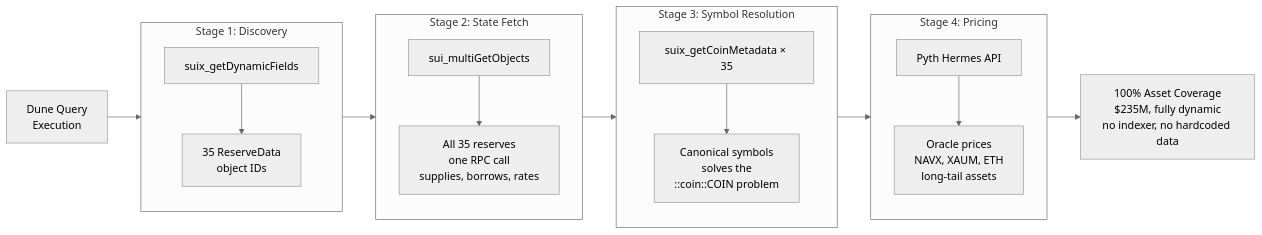
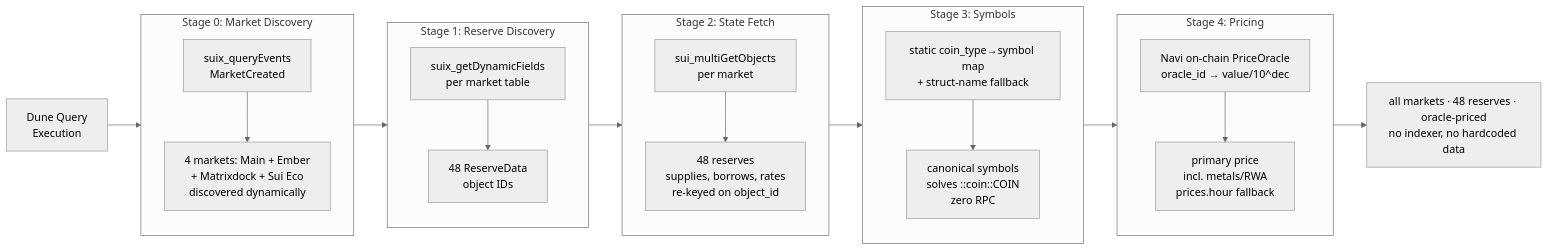
One commit to vchrl/dune-sui-query-builder changed the first of 2 diagrams in README.md. Above: the diagram before and after it, drawn with Mermaid (neutral theme). The commit also changed other lines of this file and 7 other files, not shown here.

First line of the commit message:
docs: reconcile skill to v0.3.0 (multi-market + on-chain oracle); examples reorg

````diff
--- a/README.md
+++ b/README.md
@@ -31,26 +31,31 @@
 ```mermaid
 flowchart LR
-    Q[Dune Query<br/>Execution] --> S1
+    Q[Dune Query<br/>Execution] --> S0
 
-    subgraph S1[Stage 1: Discovery]
+    subgraph S0[Stage 0: Market Discovery]
         direction TB
-        A[suix_getDynamicFields] --> A2[35 ReserveData<br/>object IDs]
+        M[suix_queryEvents<br/>MarketCreated] --> M2[4 markets: Main + Ember<br/>+ Matrixdock + Sui Eco<br/>discovered dynamically]
+    end
+
+    subgraph S1[Stage 1: Reserve Discovery]
+        direction TB
+        A[suix_getDynamicFields<br/>per market table] --> A2[48 ReserveData<br/>object IDs]
     end
 
     subgraph S2[Stage 2: State Fetch]
         direction TB
-        B[sui_multiGetObjects] --> B2[All 35 reserves<br/>one RPC call<br/>supplies, borrows, rates]
+        B[sui_multiGetObjects<br/>per market] --> B2[48 reserves<br/>supplies, borrows, rates<br/>re-keyed on object_id]
     end
 
-    subgraph S3[Stage 3: Symbol Resolution]
+    subgraph S3[Stage 3: Symbols]
         direction TB
-        C["suix_getCoinMetadata × 35"] --> C2[Canonical symbols<br/>solves the<br/>::coin::COIN problem]
+        C[static coin_type→symbol map<br/>+ struct-name fallback] --> C2[canonical symbols<br/>solves ::coin::COIN<br/>zero RPC]
     end
 
     subgraph S4[Stage 4: Pricing]
         direction TB
-        D[Pyth Hermes API] --> D2[Oracle prices<br/>NAVX, XAUM, ETH<br/>long-tail assets]
+        D[Navi on-chain PriceOracle<br/>oracle_id → value/10^dec] --> D2[primary price<br/>incl. metals/RWA<br/>prices.hour fallback]
     end
 
-    S1 --> S2 --> S3 --> S4 --> R[100% Asset Coverage<br/>$235M, fully dynamic<br/>no indexer, no hardcoded data]
+    S0 --> S1 --> S2 --> S3 --> S4 --> R[all markets · 48 reserves · oracle-priced<br/>no indexer, no hardcoded data]
 ```
````
